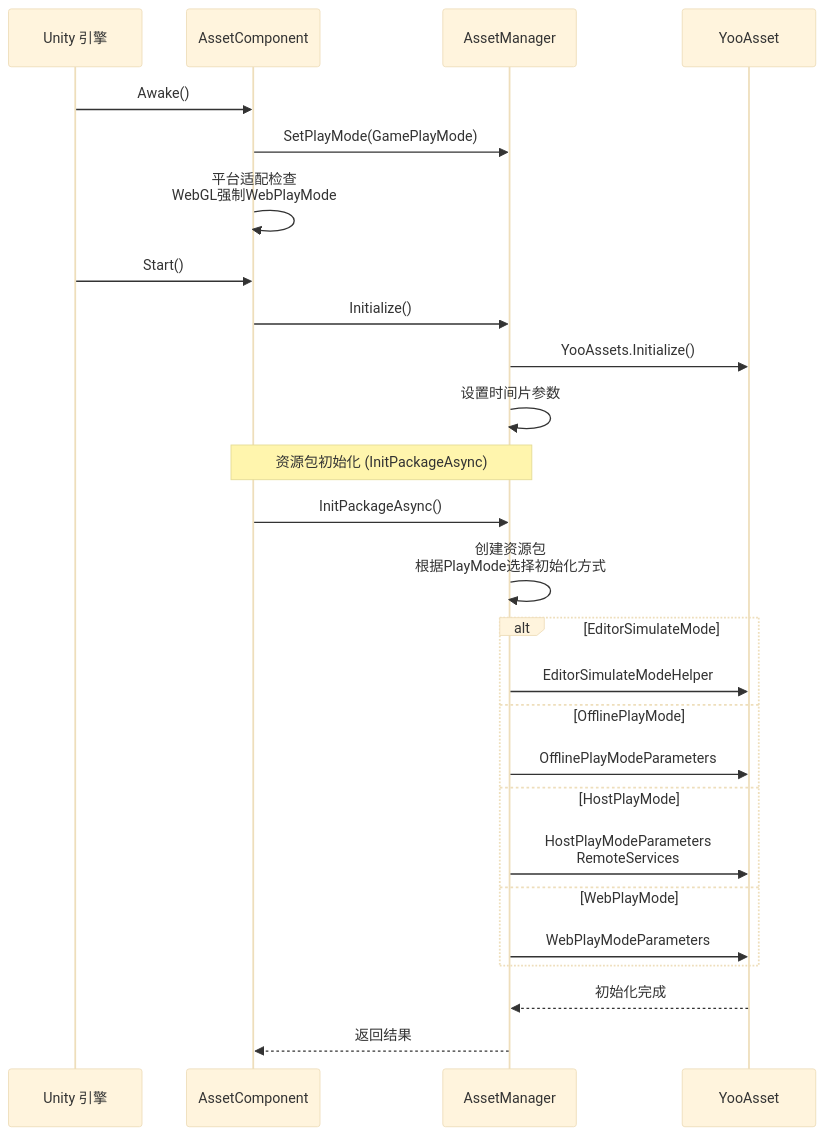
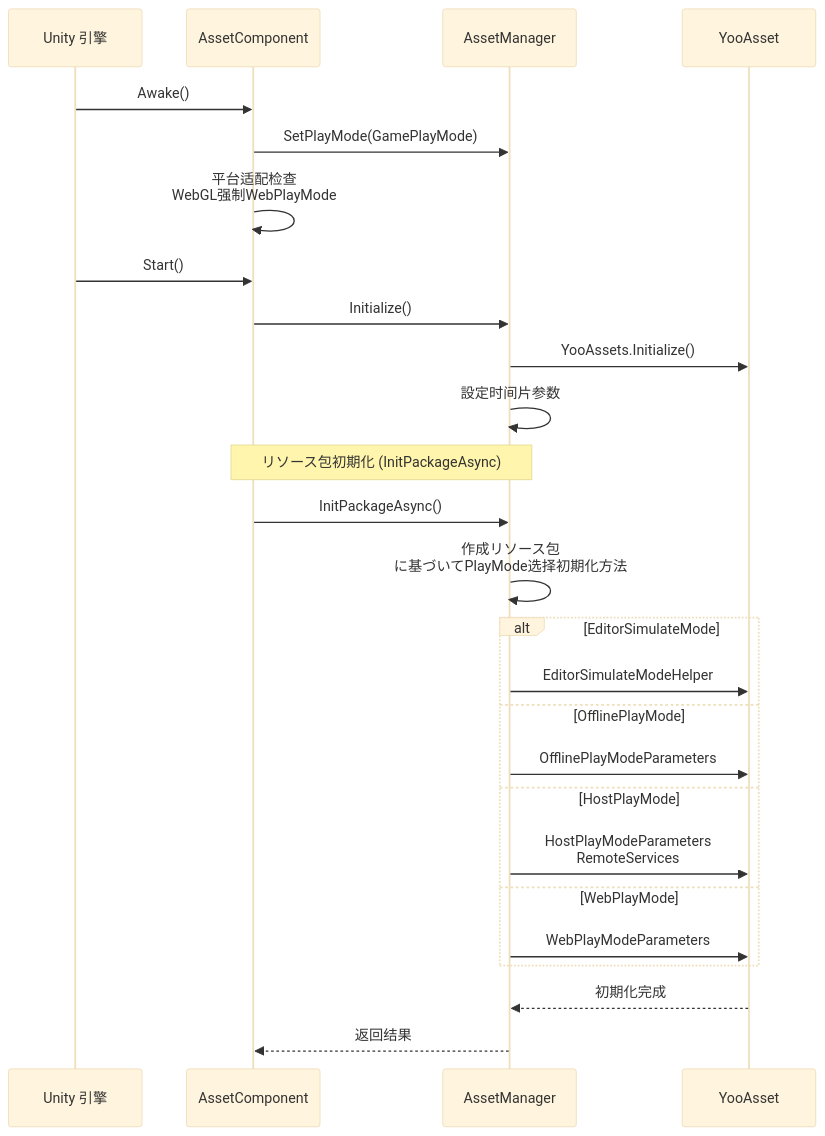
The second of 2 diagrams in docs/ja/client/unity/component/asset/15.component-settings.md (AlianBlank/GameFrameX.Docs), drawn with Mermaid (base theme) before and after one commit. The commit also changed other lines of this file and 603 other files, not shown here.

````diff
--- a/docs/ja/client/unity/component/asset/15.component-settings.md
+++ b/docs/ja/client/unity/component/asset/15.component-settings.md
@@ -201,33 +201,33 @@
 ```mermaid
 sequenceDiagram
     participant Unity as Unity 引擎
     participant AC as AssetComponent
     participant AM as AssetManager
     participant YA as YooAsset
 
     Unity->>AC: Awake()
     AC->>AM: SetPlayMode(GamePlayMode)
     AC->>AC: 平台适配检查<br/>WebGL强制WebPlayMode
     
     Unity->>AC: Start()
     AC->>AM: Initialize()
     AM->>YA: YooAssets.Initialize()
-    AM->>AM: 设置时间片参数
+    AM->>AM: 設定时间片参数
     
-    Note over AC,AM: 资源包初始化 (InitPackageAsync)
+    Note over AC,AM: リソース包初期化 (InitPackageAsync)
     AC->>AM: InitPackageAsync()
-    AM->>AM: 创建资源包<br/>根据PlayMode选择初始化方式
+    AM->>AM: 作成リソース包<br/>に基づいてPlayMode选择初期化方法
     
     alt EditorSimulateMode
         AM->>YA: EditorSimulateModeHelper
     else OfflinePlayMode
         AM->>YA: OfflinePlayModeParameters
     else HostPlayMode
         AM->>YA: HostPlayModeParameters<br/>RemoteServices
     else WebPlayMode
         AM->>YA: WebPlayModeParameters
     end
     
-    YA-->>AM: 初始化完成
+    YA-->>AM: 初期化完成
     AM-->>AC: 返回结果
 ```
````
